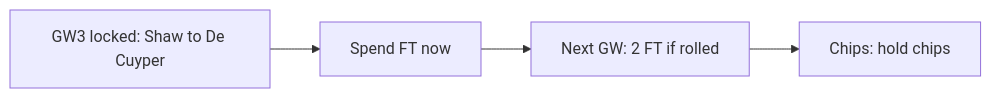
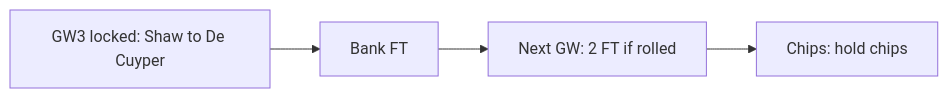
One commit to domagojpoljancic/FPLexpert changed the second of 4 diagrams in reports/plan-gw3.md. Above: the diagram before and after it, drawn with Mermaid. The commit also changed other lines of this file and 2 other files, not shown here.

````diff
--- a/reports/plan-gw3.md
+++ b/reports/plan-gw3.md
@@ -31,10 +31,10 @@
 ```mermaid
 flowchart LR
     A["GW3 locked: Shaw to De Cuyper"]
-    B["Spend FT now"]
+    B["Bank FT"]
     C["Next GW: 2 FT if rolled"]
     D["Chips: hold chips"]
     A --> B
     B --> C
     C --> D
 ```
````
